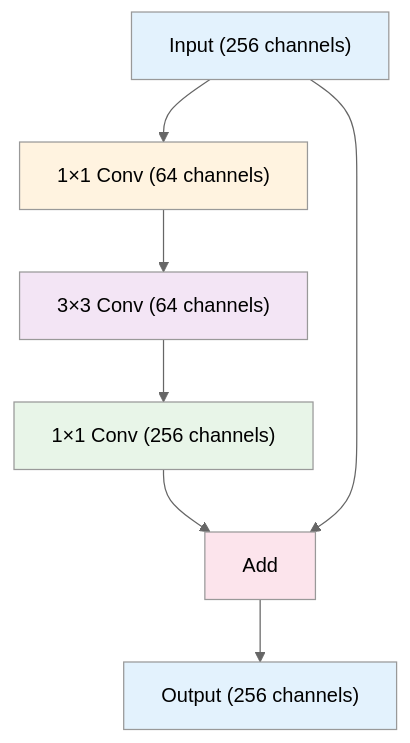
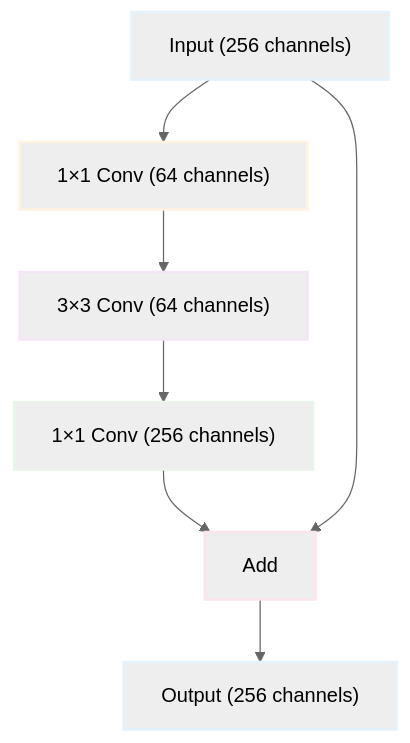
The third of 4 diagrams in 스터디/IS_05_advanced_convolutions.md (c0z0c/sprint_mission), drawn with Mermaid (neutral theme) before and after one commit. The commit also changed other lines of this file and 14 other files, not shown here.

````diff
--- a/스터디/IS_05_advanced_convolutions.md
+++ b/스터디/IS_05_advanced_convolutions.md
@@ -509,16 +509,16 @@
 ```mermaid
 graph TB
     A["Input (256 channels)"] --> B["1×1 Conv (64 channels)"]
     B --> C["3×3 Conv (64 channels)"]
     C --> D["1×1 Conv (256 channels)"]
     D --> E["Add"]
     A --> E
     E --> F["Output (256 channels)"]
     
-    style A fill:#e3f2fd
-    style B fill:#fff3e0
-    style C fill:#f3e5f5
-    style D fill:#e8f5e8
-    style E fill:#fce4ec
-    style F fill:#e3f2fd
+    style A stroke-width:2px,stroke:#e3f2fd
+    style B stroke-width:2px,stroke:#fff3e0
+    style C stroke-width:2px,stroke:#f3e5f5
+    style D stroke-width:2px,stroke:#e8f5e8
+    style E stroke-width:2px,stroke:#fce4ec
+    style F stroke-width:2px,stroke:#e3f2fd
 ```
````
